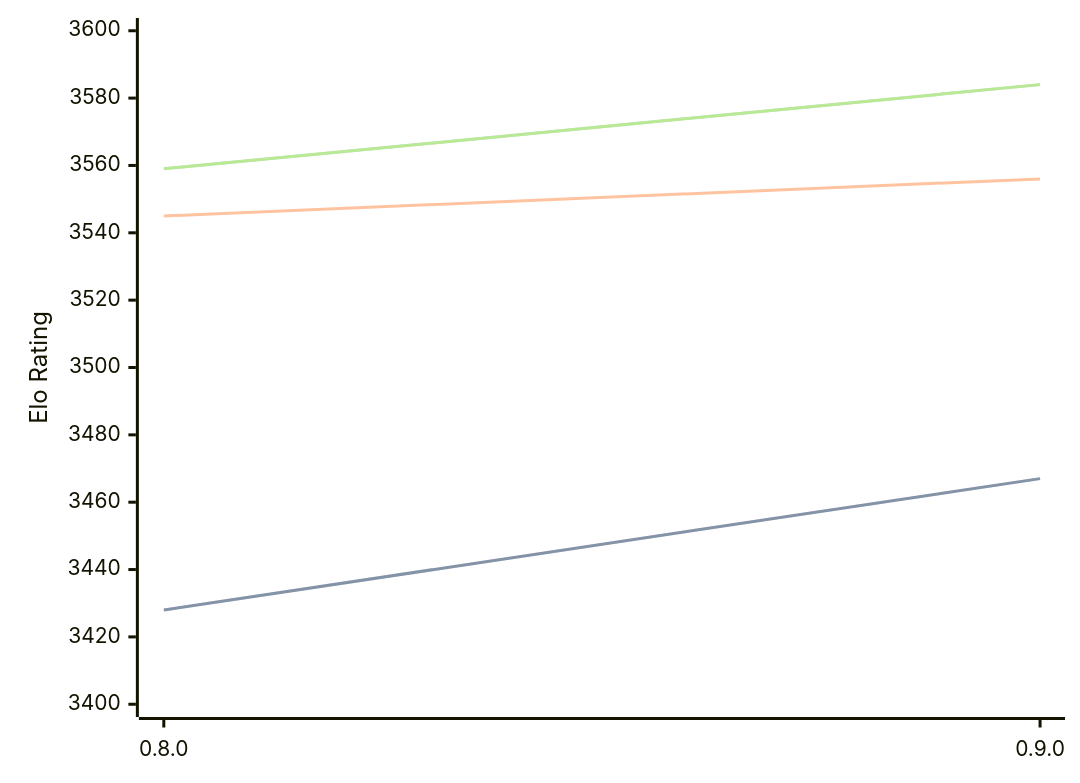
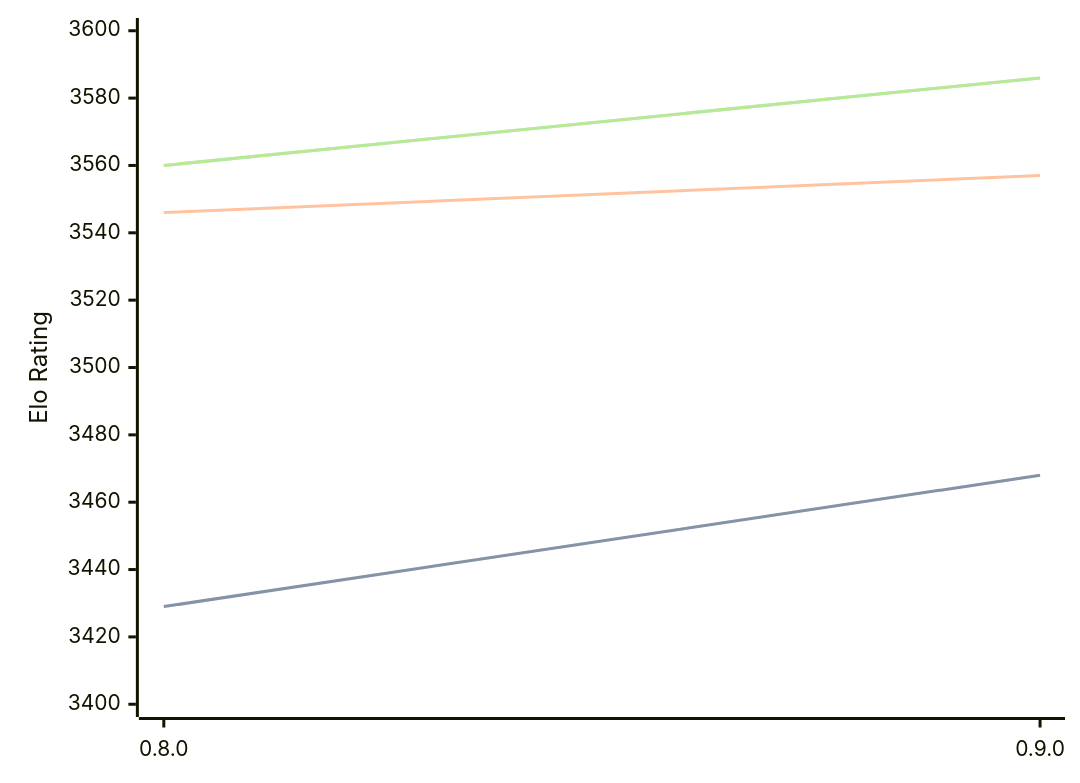
Before and after one commit to computer-chess-index/cci: the first of 3 diagrams in engines/Reckless.md, drawn with Mermaid. The commit also changed other lines of this file, not shown here.

Commit message:
Update CCI Ratings (ELO VLTC) - 2026-06-30

````diff
--- a/engines/Reckless.md
+++ b/engines/Reckless.md
@@ -39,11 +39,11 @@
 ```mermaid
 %%{init: {"theme":"base","themeVariables":{"seriesColors:['#a3a3a3','#222221','#faa371']}}}%%
 xychart-beta
   x-axis ["0.8.0", "0.9.0"]
   y-axis "Elo Rating" 3400 --> 3600
-  line "STC (8.0+0.08s)" [3428, 3467]
-  line "STC (8.0+0.08s)" [3428, 3467]
-  line "LTC (60.0+0.60s)" [3545, 3556]
-  line "VLTC (2m24s+1.12s)" [3559, 3584]
-  line "VLTC (2m24s+1.12s)" [3559, 3584]
+  line "STC (8.0+0.08s)" [3429, 3468]
+  line "STC (8.0+0.08s)" [3429, 3468]
+  line "LTC (60.0+0.60s)" [3546, 3557]
+  line "VLTC (2m24s+1.12s)" [3560, 3586]
+  line "VLTC (2m24s+1.12s)" [3560, 3586]
 ```
````
